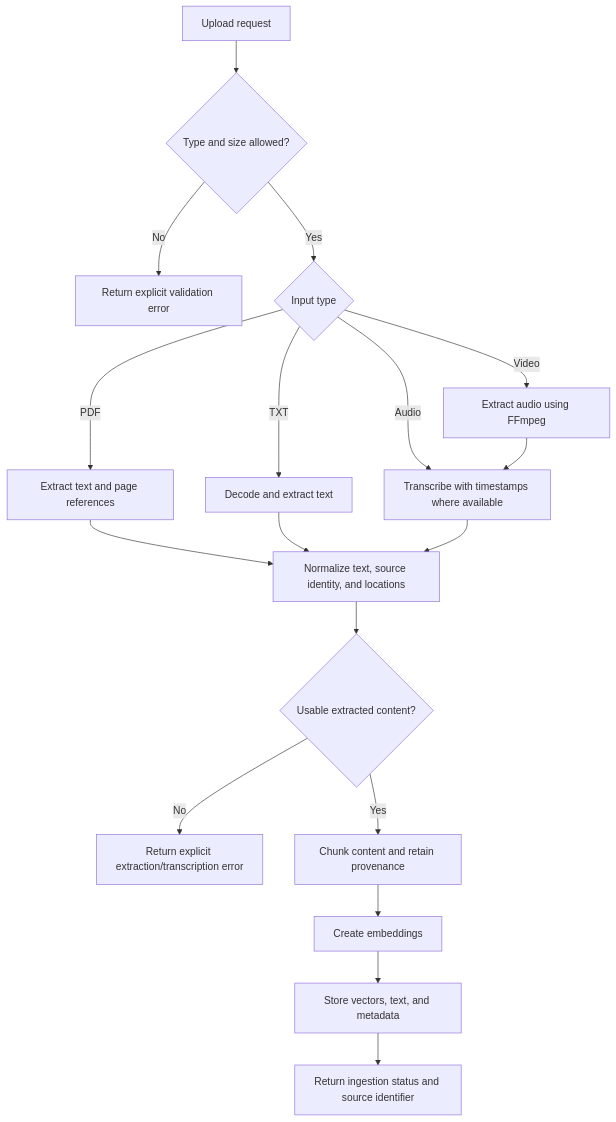
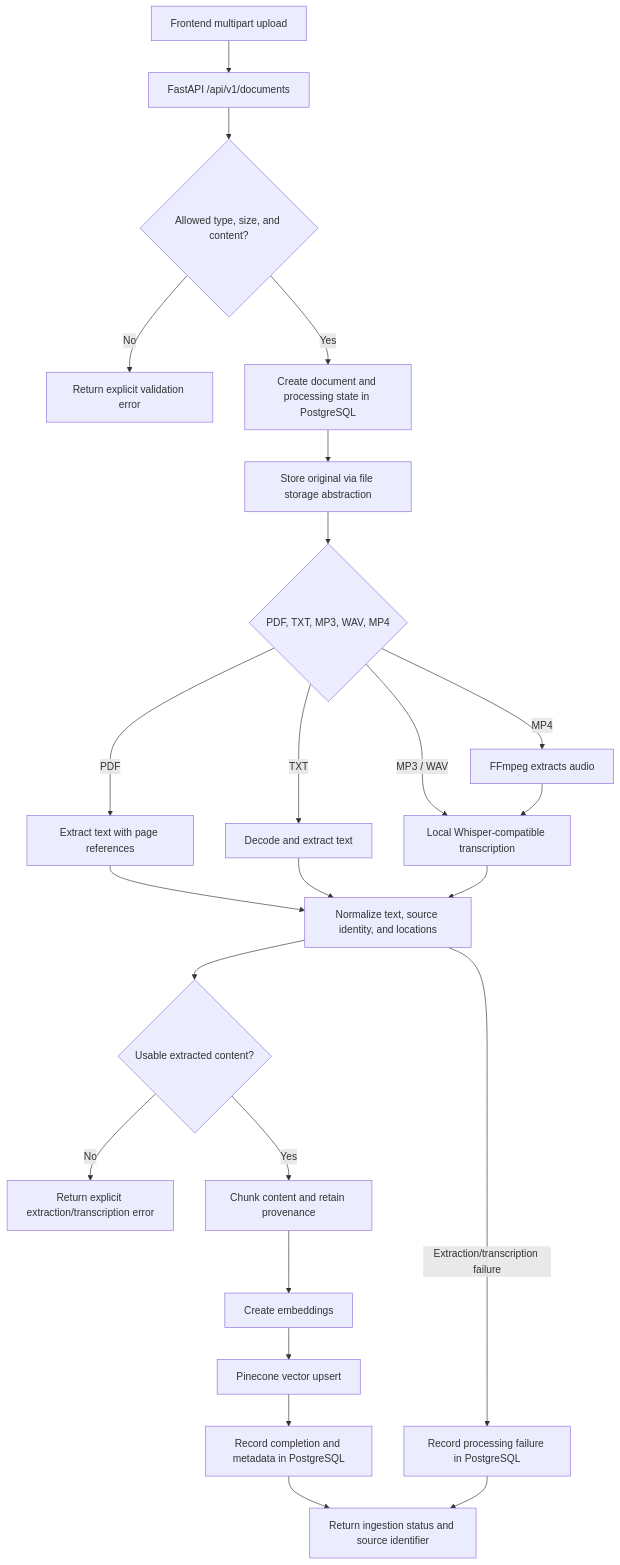
One commit to Vicky7632/cognify-ai changed the first of 2 diagrams in docs/DATA_FLOW.md. Above: the diagram before and after it, drawn with Mermaid. The commit also changed other lines of this file and 8 other files, not shown here.

````diff
--- a/docs/DATA_FLOW.md
+++ b/docs/DATA_FLOW.md
@@ -7,20 +7,26 @@
 ```mermaid
 flowchart TD
-    Upload[Upload request] --> Validate{Type and size allowed?}
+    Upload[Frontend multipart upload] --> API[FastAPI /api/v1/documents]
+    API --> Validate{Allowed type, size, and content?}
     Validate -->|No| Reject[Return explicit validation error]
-    Validate -->|Yes| Route{Input type}
-    Route -->|PDF| PDF[Extract text and page references]
+    Validate -->|Yes| Create[Create document and processing state in PostgreSQL]
+    Create --> File[Store original via file storage abstraction]
+    File --> Route{PDF, TXT, MP3, WAV, MP4}
+    Route -->|PDF| PDF[Extract text with page references]
     Route -->|TXT| TXT[Decode and extract text]
-    Route -->|Audio| Audio[Transcribe with timestamps where available]
-    Route -->|Video| ExtractAudio[Extract audio using FFmpeg]
+    Route -->|MP3 / WAV| Audio[Local Whisper-compatible transcription]
+    Route -->|MP4| ExtractAudio[FFmpeg extracts audio]
     ExtractAudio --> Audio
     PDF --> Normalize[Normalize text, source identity, and locations]
     TXT --> Normalize
     Audio --> Normalize
     Normalize --> Nonempty{Usable extracted content?}
     Nonempty -->|No| Fail[Return explicit extraction/transcription error]
     Nonempty -->|Yes| Chunk[Chunk content and retain provenance]
     Chunk --> Embed[Create embeddings]
-    Embed --> Persist[Store vectors, text, and metadata]
-    Persist --> Result[Return ingestion status and source identifier]
+    Embed --> Persist[Pinecone vector upsert]
+    Persist --> Complete[Record completion and metadata in PostgreSQL]
+    Complete --> Result[Return ingestion status and source identifier]
+    Normalize -->|Extraction/transcription failure| Failed[Record processing failure in PostgreSQL]
+    Failed --> Result
 ```
````
